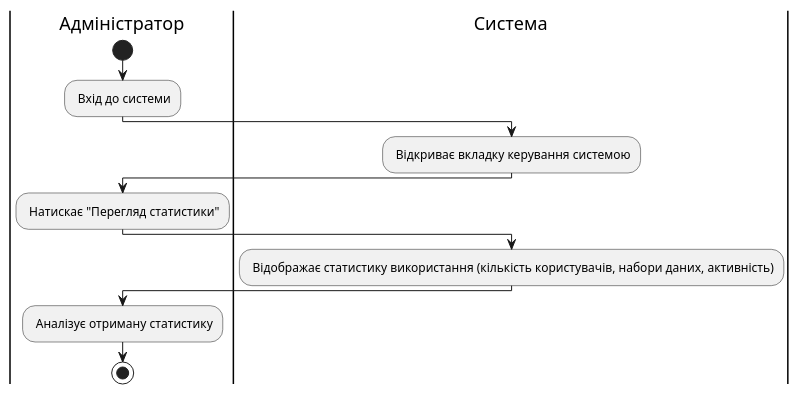
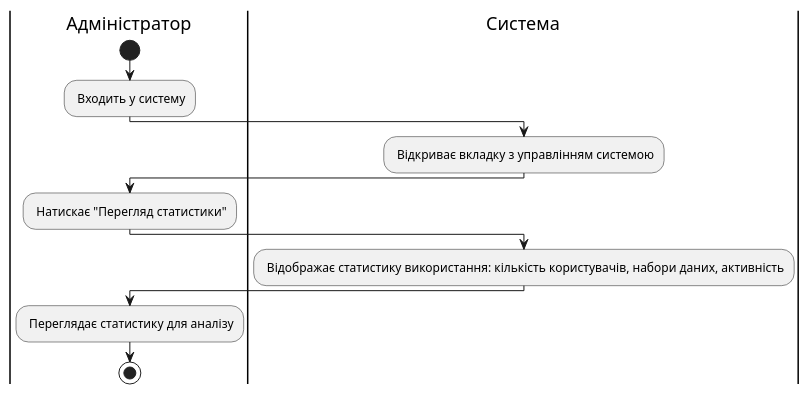
One commit to tyntyntynnnn/edu_db_labs changed the tenth of 14 diagrams in docs/use cases/README.md. Above: the diagram before and after it, drawn with PlantUML. The commit also changed other lines of this file, not shown here.

```diff
--- a/docs/use cases/README.md
+++ b/docs/use cases/README.md
@@ -476,21 +424,21 @@
 @startuml
 
-|Адміністратор|
-start;
-: Вхід до системи;
-
-|Система|
-: Відкриває вкладку керування системою;
-
-|Адміністратор|
-: Натискає "Перегляд статистики";
-
-|Система|
-: Відображає статистику використання (кількість користувачів, набори даних, активність);
-
-|Адміністратор|
-: Аналізує отриману статистику;
-
-stop;
+    |Адміністратор|
+    start;
+    : Входить у систему;
+    
+    |Система|
+    : Відкриває вкладку з управлінням системою;
+    
+    |Адміністратор|
+    : Натискає "Перегляд статистики";
+    
+    |Система|
+    : Відображає статистику використання: кількість користувачів, набори даних, активність;
+    
+    |Адміністратор|
+    : Переглядає статистику для аналізу;
+    
+    stop;
 
 @enduml
```
